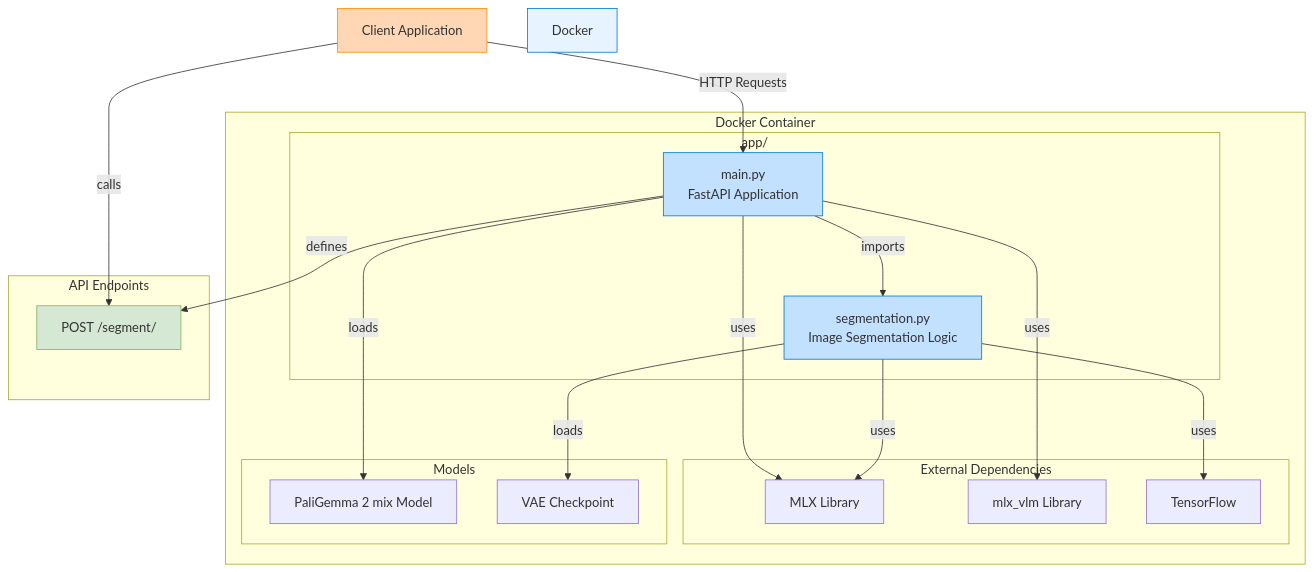
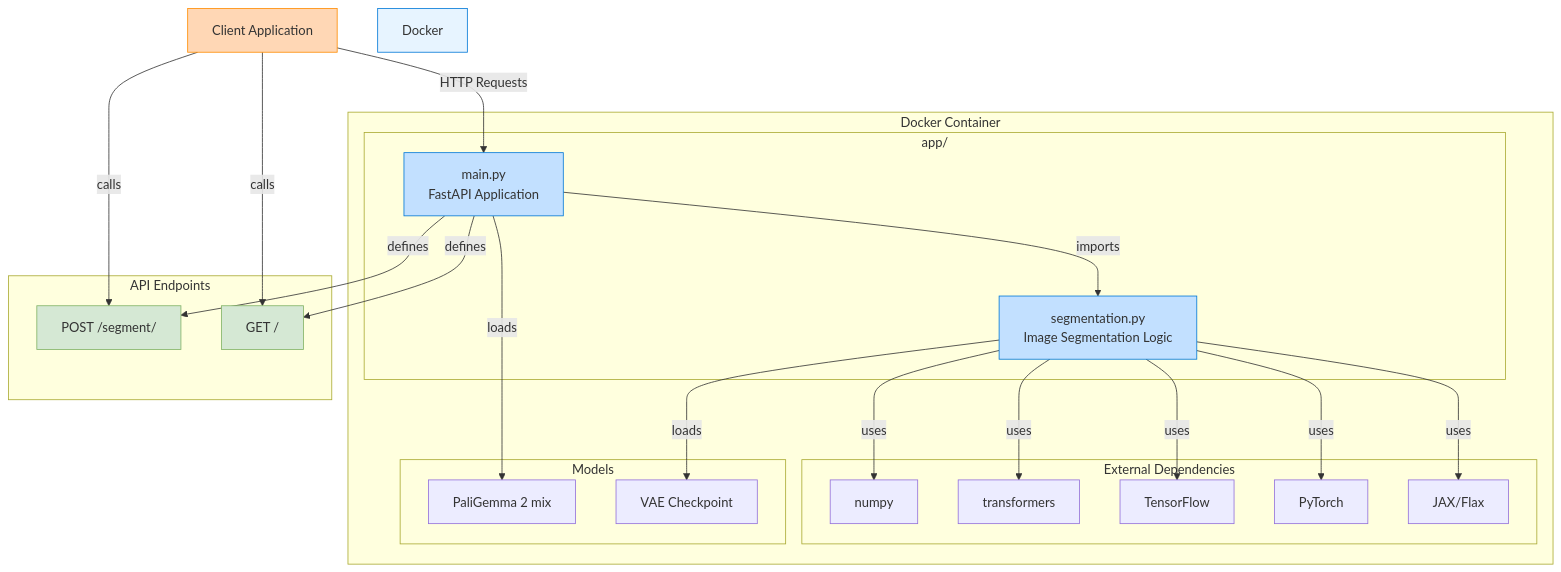
One commit to JoeJoe1313/PaliGemma-Image-Segmentation changed the second of 2 diagrams in README.md. Above: the diagram before and after it, drawn with Mermaid.

````diff
--- a/README.md
+++ b/README.md
@@ -55,46 +55,53 @@
 ```mermaid
 graph TD
     subgraph "Docker Container"
         subgraph "app/"
             main[main.py
             FastAPI Application]
             segmentation[segmentation.py
             Image Segmentation Logic]
             main -->|imports| segmentation
         end
         
         subgraph "External Dependencies"
-            MLX[MLX Library]
-            MLX_VLM[mlx_vlm Library]
+            NP[numpy]
+            TR[transformers]
             TF[TensorFlow]
+            PT[PyTorch]
+            JF[JAX/Flax]
         end
         
         subgraph "Models"
-            PaliGemma[PaliGemma 2 mix Model]
+            PaliGemma[PaliGemma 2 mix]
             VAE[VAE Checkpoint]
         end
         
-        main -->|uses| MLX
-        main -->|uses| MLX_VLM
-        segmentation -->|uses| MLX
+        segmentation -->|uses| TR
         segmentation -->|uses| TF
+        segmentation -->|uses| PT
+        segmentation -->|uses| JF
+        segmentation -->|uses| NP
         
         main -->|loads| PaliGemma
         segmentation -->|loads| VAE
     end
     
     Client[Client Application] -->|HTTP Requests| main
     
     subgraph "API Endpoints"
         segment[POST /segment/]
+        root[GET /]
     end
     
     main -->|defines| segment
+    main -->|defines| root
     Client -->|calls| segment
+    Client -->|calls| root
     
     style Docker fill:#e7f4ff,stroke:#0078d7
     style main fill:#c2e0ff,stroke:#0078d7
     style segmentation fill:#c2e0ff,stroke:#0078d7
     style Client fill:#ffd7b5,stroke:#ff8c00
     style segment fill:#d5e8d4,stroke:#82b366
+    style root fill:#d5e8d4,stroke:#82b366
 ```
````
